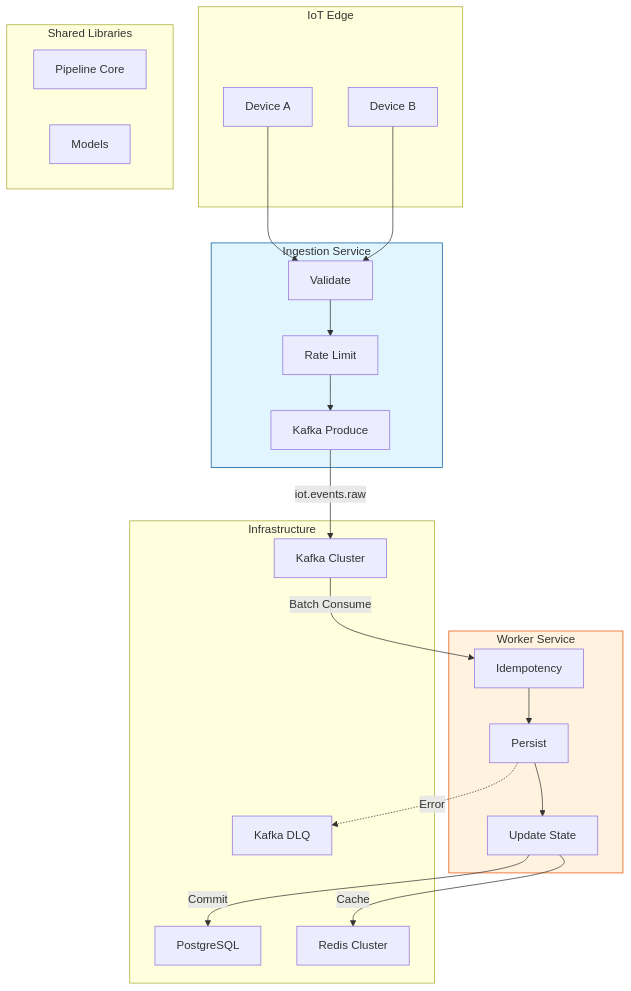
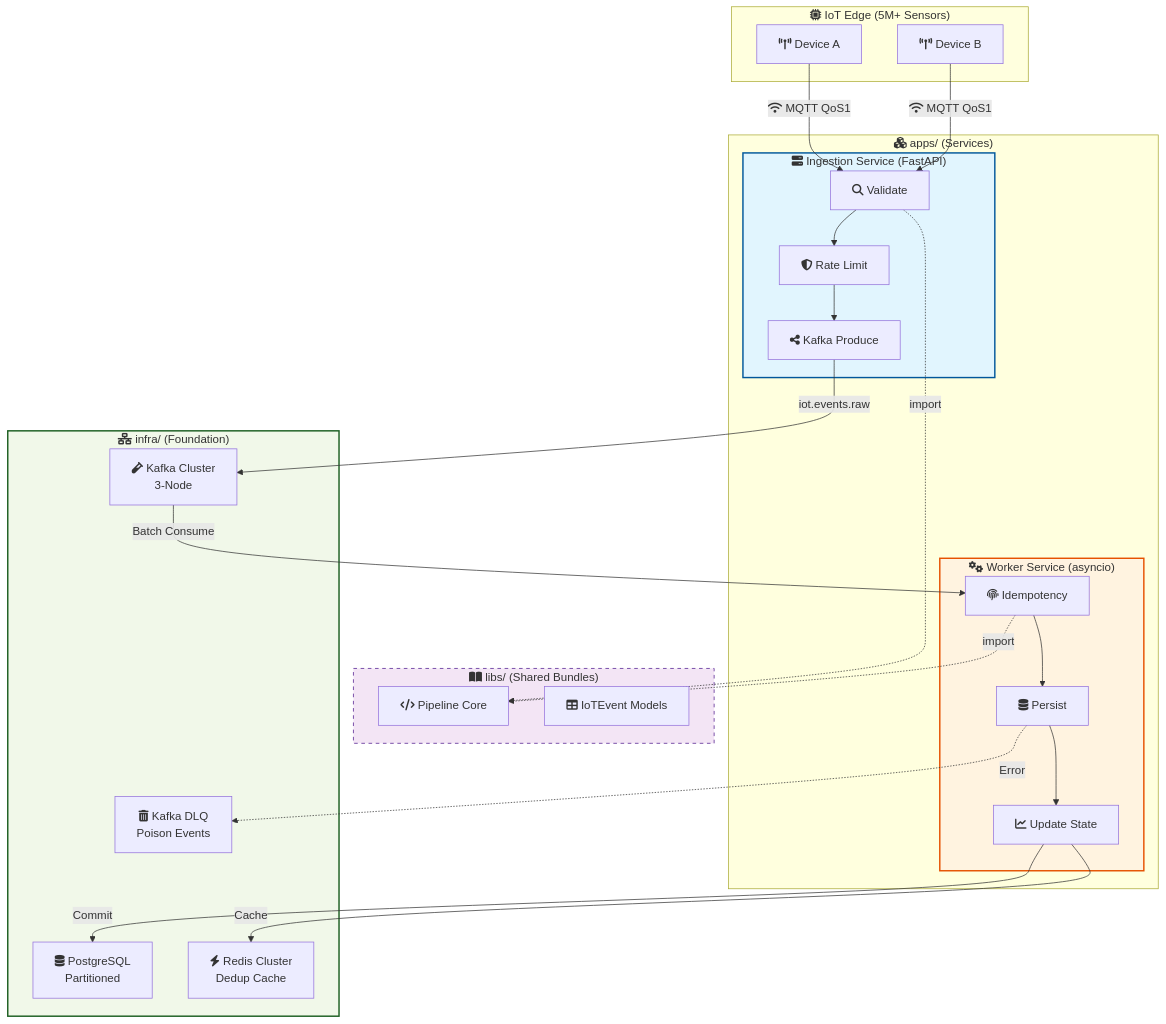
Before and after one commit to umeshror/iotflow-distributed-system: the second of 2 diagrams in README.md, drawn with Mermaid.

````diff
--- a/README.md
+++ b/README.md
@@ -44,40 +44,47 @@
 ```mermaid
 graph TB
-    subgraph "IoT Edge"
-        D1[Device A]
-        D2[Device B]
+    subgraph Devices["fa:fa-microchip IoT Edge (5M+ Sensors)"]
+        D1["fa:fa-broadcast-tower Device A"]
+        D2["fa:fa-broadcast-tower Device B"]
     end
 
-    subgraph IS ["Ingestion Service"]
-        P1[Validate] --> P2[Rate Limit]
-        P2 --> P3[Kafka Produce]
-    end
-    
-    subgraph WS ["Worker Service"]
-        H1[Idempotency] --> H2[Persist]
-        H2 --> H3[Update State]
+    subgraph apps["fa:fa-cubes apps/ (Services)"]
+        subgraph IS["fa:fa-server Ingestion Service (FastAPI)"]
+            P1["fa:fa-search Validate"] --> P2["fa:fa-shield-halved Rate Limit"]
+            P2 --> P3["fa:fa-share-nodes Kafka Produce"]
+        end
+        
+        subgraph WS["fa:fa-gears Worker Service (asyncio)"]
+            H1["fa:fa-fingerprint Idempotency"] --> H2["fa:fa-database Persist"]
+            H2 --> H3["fa:fa-chart-line Update State"]
+        end
     end
 
-    subgraph LIBS ["Shared Libraries"]
-        SharedP[Pipeline Core]
-        SharedM[Models]
+    subgraph libs["fa:fa-book-open libs/ (Shared Bundles)"]
+        SharedP["fa:fa-code Pipeline Core"]
+        SharedM["fa:fa-table IoTEvent Models"]
     end
 
-    subgraph INFRA ["Infrastructure"]
-        K2[Kafka Cluster]
-        PG[PostgreSQL]
-        RC[Redis Cluster]
-        DLQ[Kafka DLQ]
+    subgraph infra["fa:fa-network-wired infra/ (Foundation)"]
+        K2["fa:fa-vial Kafka Cluster\n3-Node"]
+        PG["fa:fa-database PostgreSQL\nPartitioned"]
+        RC["fa:fa-bolt Redis Cluster\nDedup Cache"]
+        DLQ["fa:fa-trash-can Kafka DLQ\nPoison Events"]
     end
 
-    D1 --> P1
-    D2 --> P1
+    D1 & D2 -- "fa:fa-wifi MQTT QoS1" --> P1
     P3 -- "iot.events.raw" --> K2
     K2 -- "Batch Consume" --> H1
     H3 -- "Commit" --> PG
     H3 -- "Cache" --> RC
     H2 -. "Error" .-> DLQ
 
-    style IS fill:#e1f5fe,stroke:#01579b
-    style WS fill:#fff3e0,stroke:#e65100
+    %% Internal Library Dependencies
+    P1 & H1 -. "import" .-> SharedP
+
+    %% Styling
+    style IS fill:#e1f5fe,stroke:#01579b,stroke-width:2px
+    style WS fill:#fff3e0,stroke:#e65100,stroke-width:2px
+    style libs fill:#f3e5f5,stroke:#4a148c,stroke-dasharray: 5 5
+    style infra fill:#f1f8e9,stroke:#1b5e20,stroke-width:2px
 ```
````
